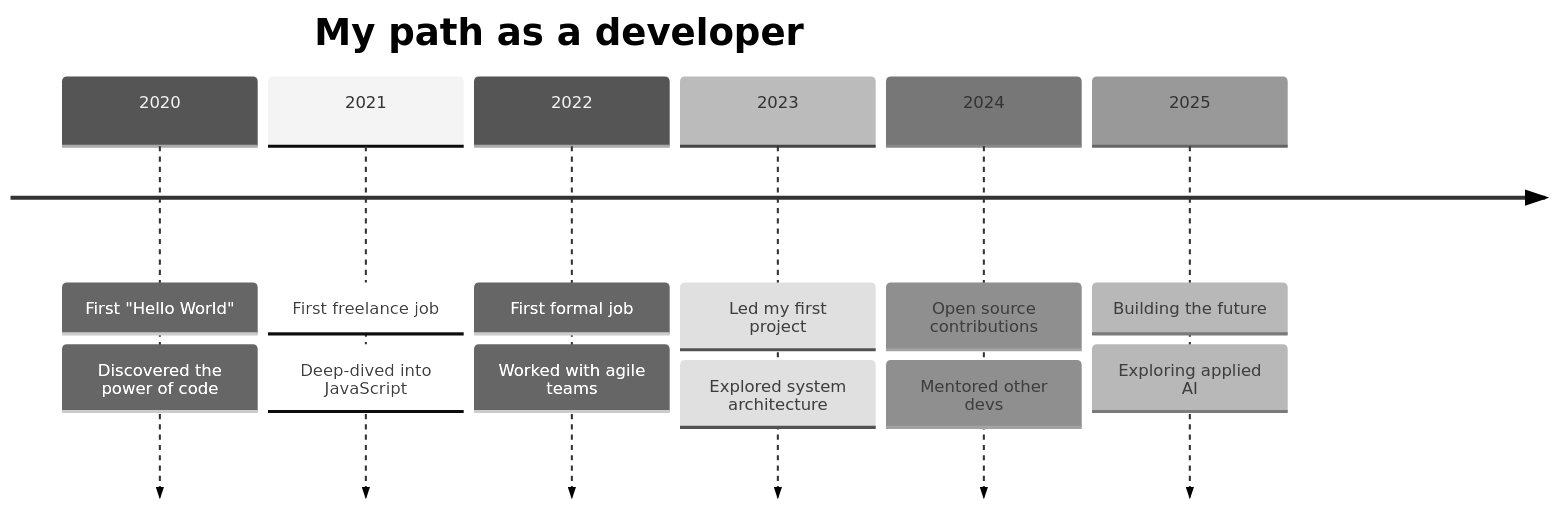
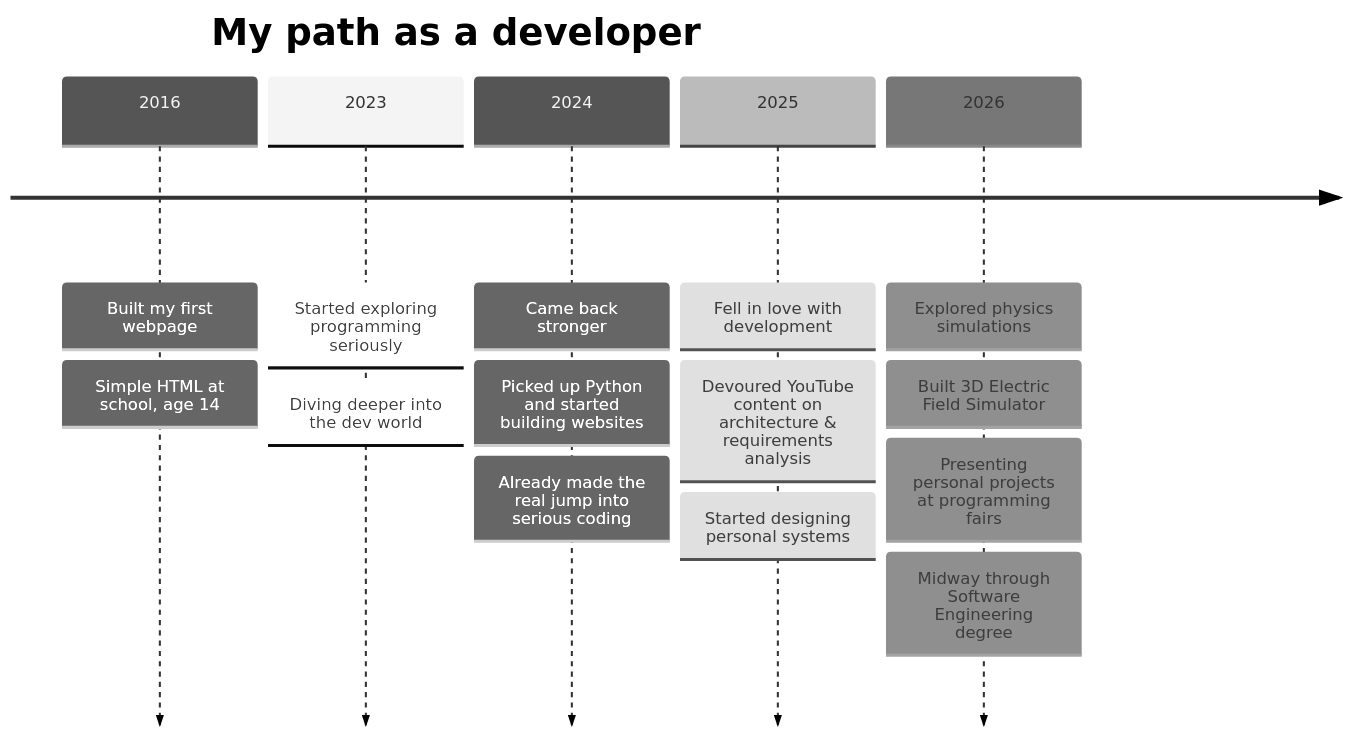
Before and after one commit to Null4Dapi/Null4Dapi: the diagram in README.md, drawn with Mermaid (neutral theme).

Commit message:
Revise developer timeline in README
Updated developer timeline with new milestones from 2016 to 2026.

````diff
--- a/README.md
+++ b/README.md
@@ -93,16 +93,18 @@
 ```mermaid
 timeline
     title My path as a developer
-    2020 : First "Hello World"
-         : Discovered the power of code
-    2021 : First freelance job
-         : Deep-dived into JavaScript
-    2022 : First formal job
-         : Worked with agile teams
-    2023 : Led my first project
-         : Explored system architecture
-    2024 : Open source contributions
-         : Mentored other devs
-    2025 : Building the future
-         : Exploring applied AI
+    2016 : Built my first webpage
+         : Simple HTML at school, age 14
+    2023 : Started exploring programming seriously
+         : Diving deeper into the dev world
+    2024 : Came back stronger
+         : Picked up Python and started building websites
+         : Already made the real jump into serious coding
+    2025 : Fell in love with development
+         : Devoured YouTube content on architecture & requirements analysis
+         : Started designing personal systems
+    2026 : Explored physics simulations
+         : Built 3D Electric Field Simulator
+         : Presenting personal projects at programming fairs
+         : Midway through Software Engineering degree
 ```
````
